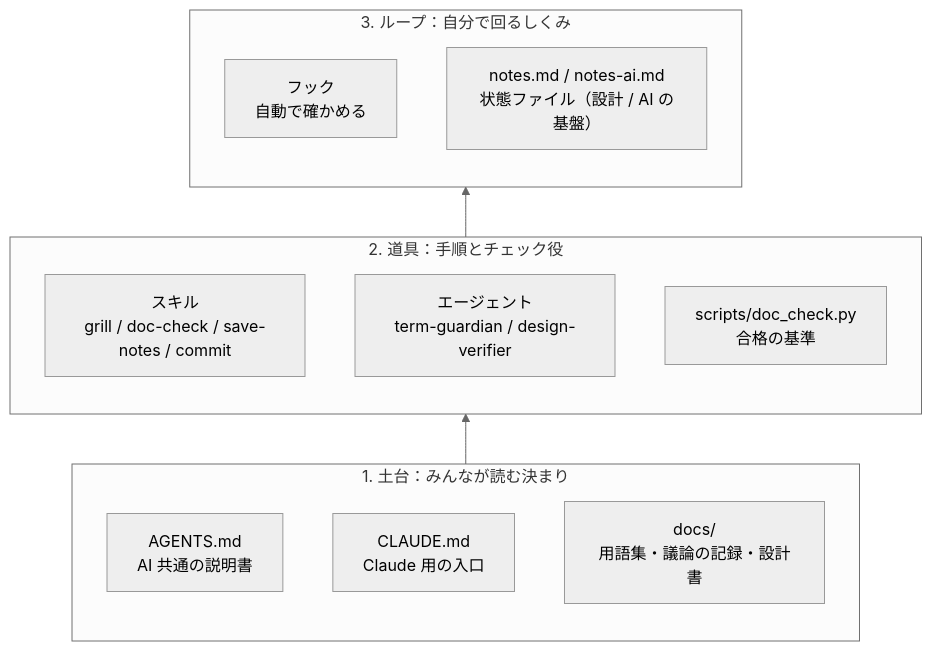
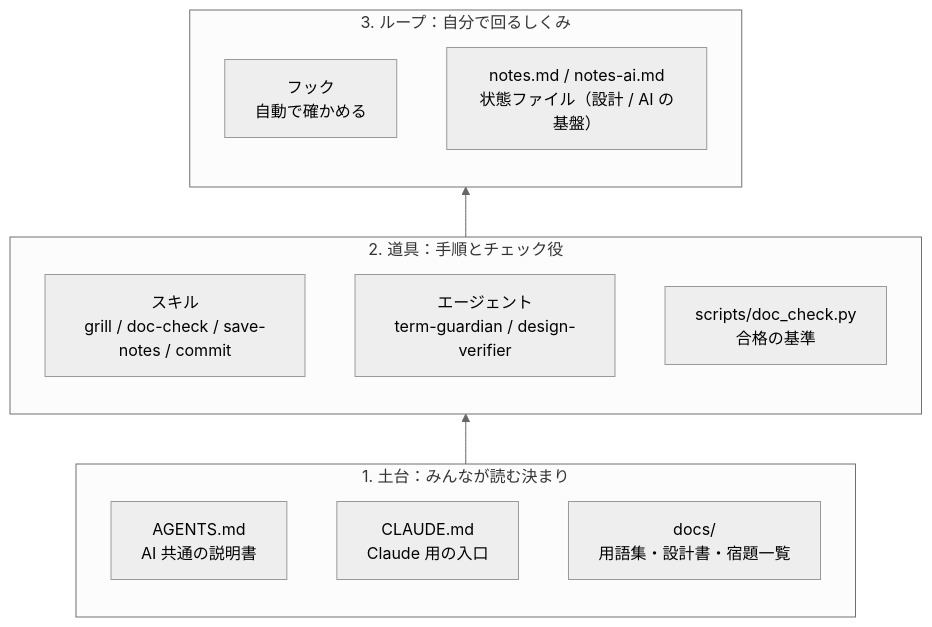
The first of 2 diagrams in .claude/README.md (capypara20/Foxonar), drawn with Mermaid (neutral theme) before and after one commit. The commit also changed other lines of this file and 10 other files, not shown here.

````diff
--- a/.claude/README.md
+++ b/.claude/README.md
@@ -14,18 +14,18 @@
 ```mermaid
 flowchart BT
   subgraph base["1. 土台：みんなが読む決まり"]
     agents["AGENTS.md<br>AI 共通の説明書"]
     claude["CLAUDE.md<br>Claude 用の入口"]
-    docs["docs/<br>用語集・議論の記録・設計書"]
+    docs["docs/<br>用語集・設計書・宿題一覧"]
   end
   subgraph tools["2. 道具：手順とチェック役"]
     skills["スキル<br>grill / doc-check / save-notes / commit"]
     subagents["エージェント<br>term-guardian / design-verifier"]
     script["scripts/doc_check.py<br>合格の基準"]
   end
   subgraph loop["3. ループ：自分で回るしくみ"]
     hooks["フック<br>自動で確かめる"]
     notes["notes.md / notes-ai.md<br>状態ファイル（設計 / AI の基盤）"]
   end
   base --> tools --> loop
 ```
````
